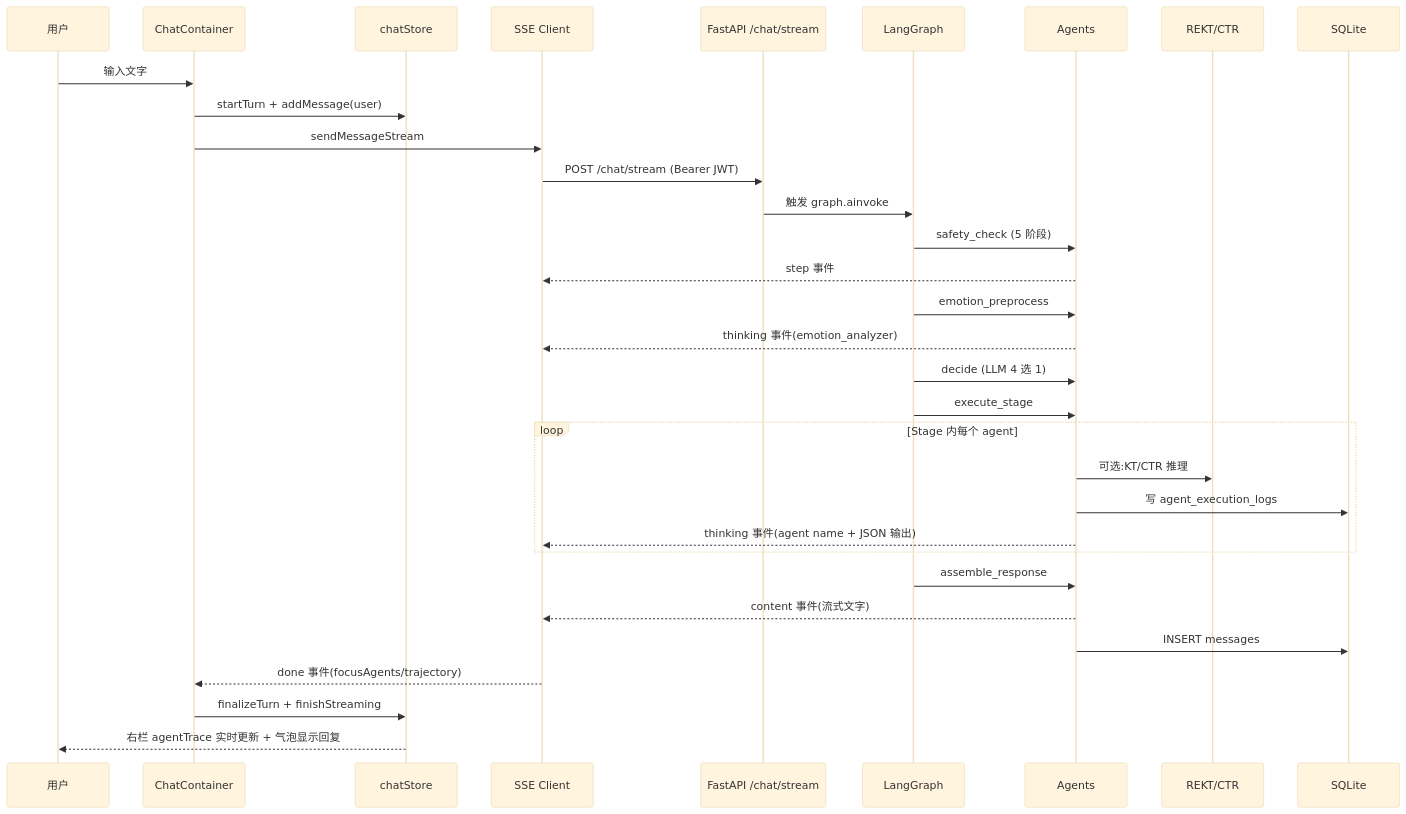
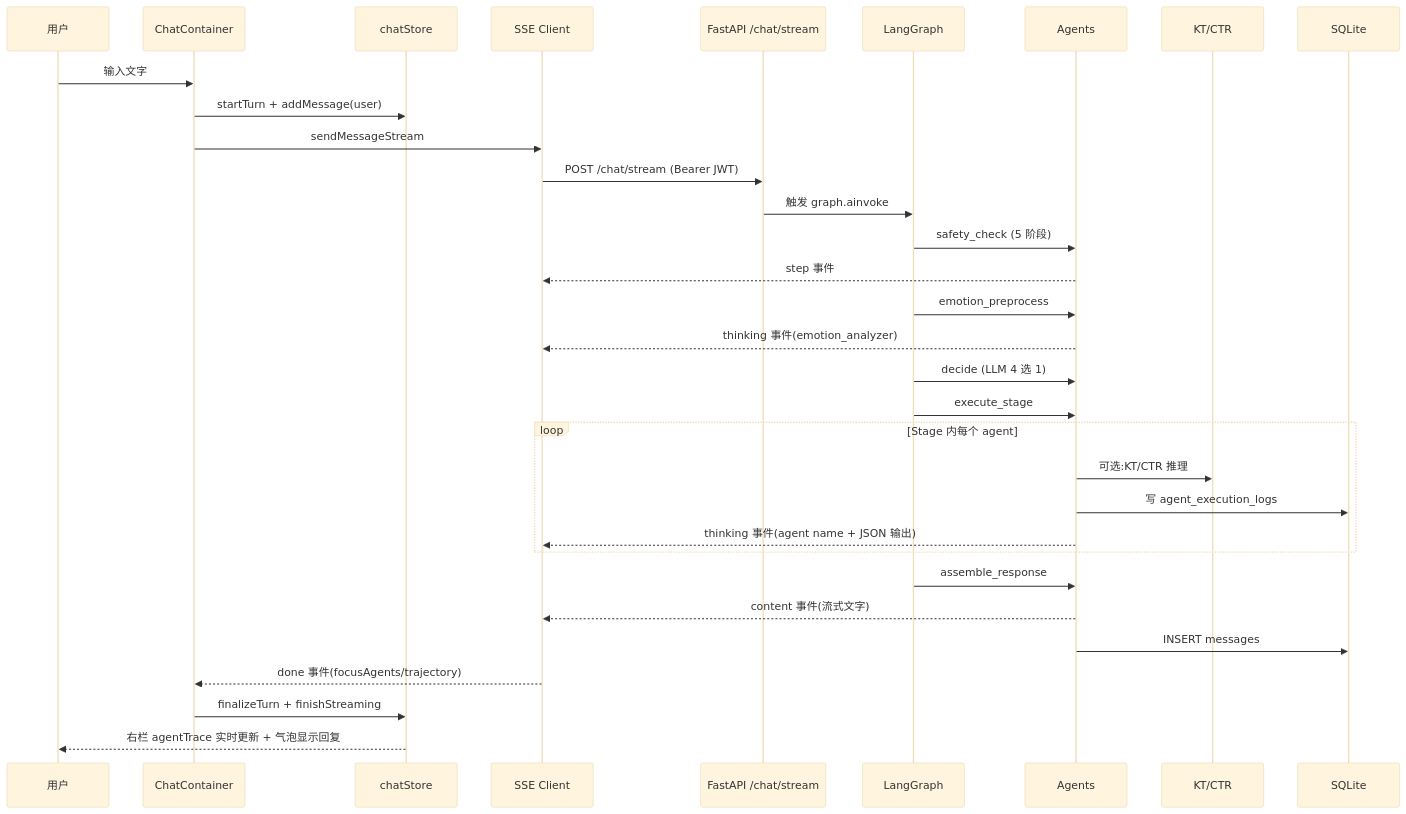
Before and after one commit to YXYH-shu/SmartTutor: diagram 11 of 11 in 文档/架构总结.md, drawn with Mermaid (base theme). The commit also changed other lines of this file and 79 other files, not shown here.

````diff
--- a/文档/架构总结.md
+++ b/文档/架构总结.md
@@ -382,36 +382,36 @@
 ```mermaid
 sequenceDiagram
     participant U as 用户
     participant UI as ChatContainer
     participant CS as chatStore
     participant SSE as SSE Client
     participant API as FastAPI /chat/stream
     participant G as LangGraph
     participant A as Agents
-    participant ML as REKT/CTR
+    participant ML as KT/CTR
     participant DB as SQLite
 
     U->>UI: 输入文字
     UI->>CS: startTurn + addMessage(user)
     UI->>SSE: sendMessageStream
     SSE->>API: POST /chat/stream (Bearer JWT)
     API->>G: 触发 graph.ainvoke
 
     G->>A: safety_check (5 阶段)
     A-->>SSE: step 事件
     G->>A: emotion_preprocess
     A-->>SSE: thinking 事件(emotion_analyzer)
     G->>A: decide (LLM 4 选 1)
     G->>A: execute_stage
     loop Stage 内每个 agent
         A->>ML: 可选:KT/CTR 推理
         A->>DB: 写 agent_execution_logs
         A-->>SSE: thinking 事件(agent name + JSON 输出)
     end
     G->>A: assemble_response
     A-->>SSE: content 事件(流式文字)
     A->>DB: INSERT messages
     SSE-->>UI: done 事件(focusAgents/trajectory)
     UI->>CS: finalizeTurn + finishStreaming
     CS-->>U: 右栏 agentTrace 实时更新 + 气泡显示回复
 ```
````
